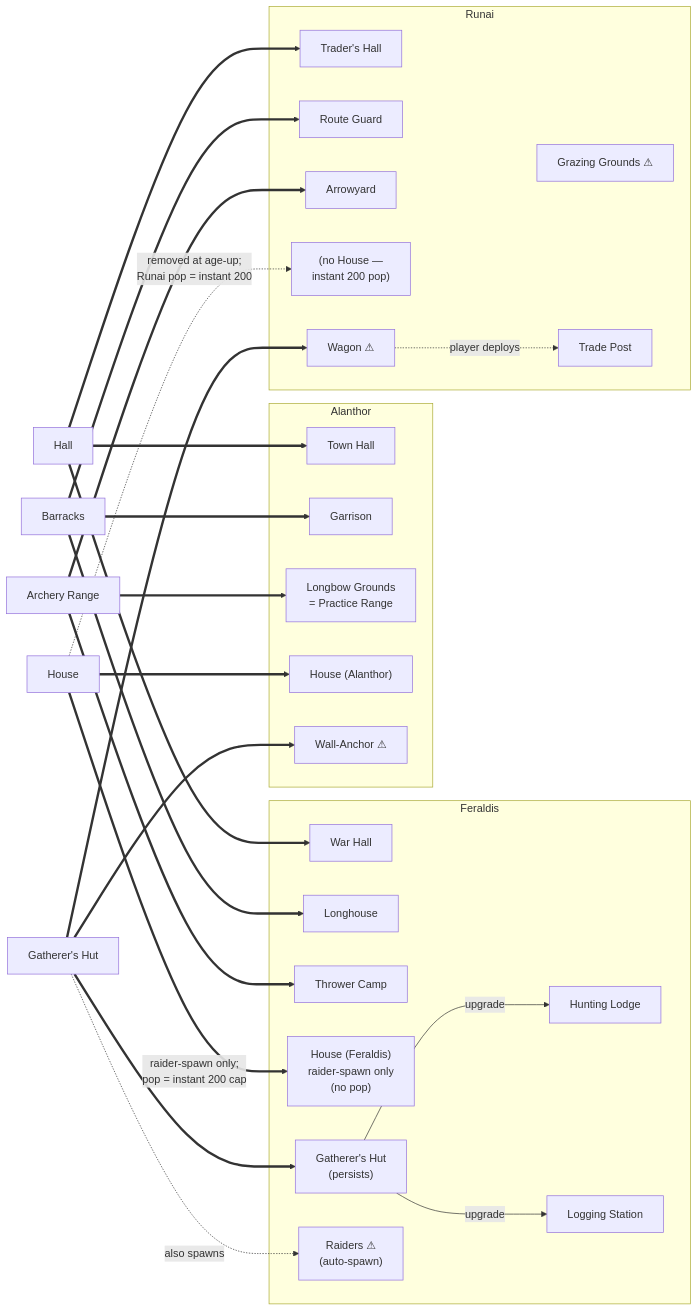
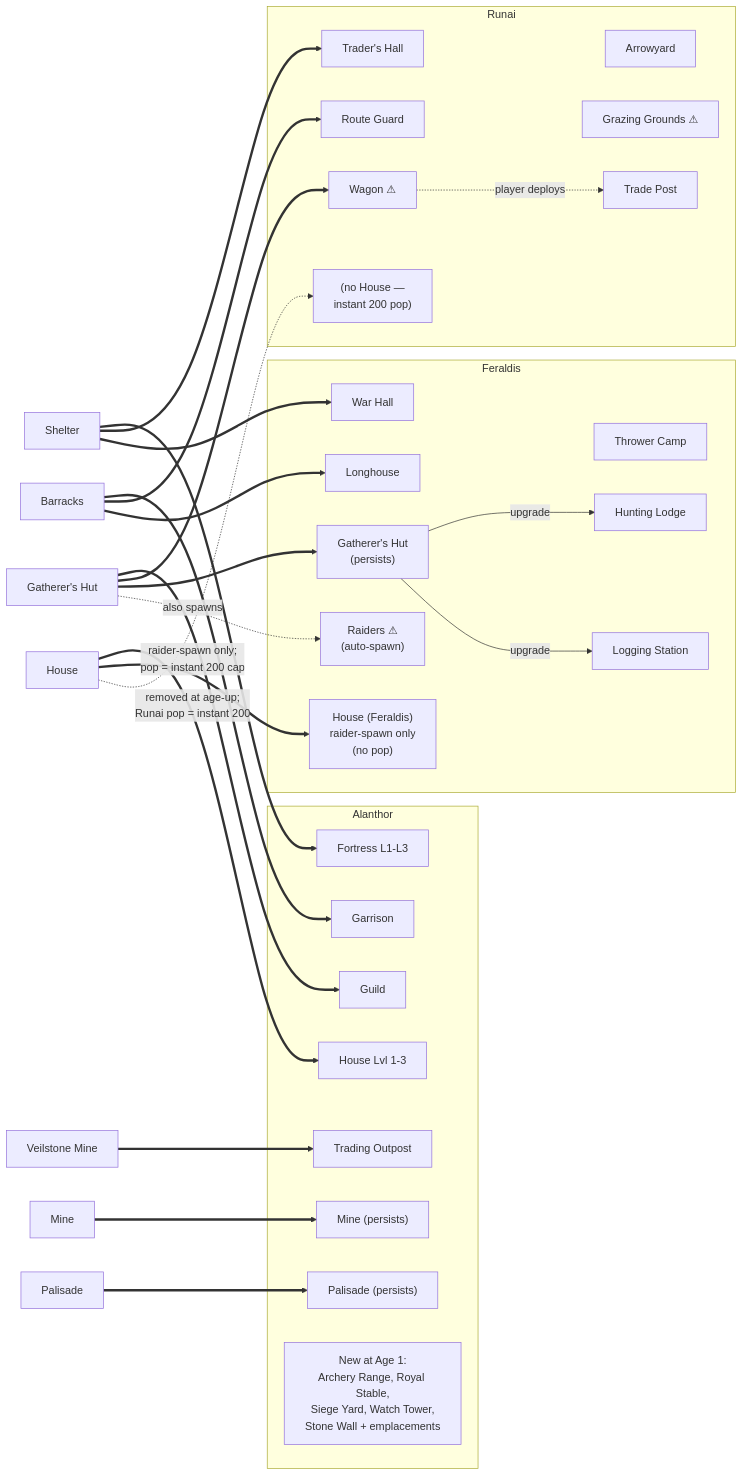
The first of 5 diagrams in docs/Design/Tech_Tree.md (LuisMartinsGit/super_duper_twb1.2), drawn with Mermaid before and after one commit. The commit also changed other lines of this file and 548 other files, not shown here.

````diff
--- a/docs/Design/Tech_Tree.md
+++ b/docs/Design/Tech_Tree.md
@@ -32,51 +46,58 @@
 ```mermaid
 flowchart LR
-    Hall0["Hall"]
+    Cap0["Shelter"]
     Bar0["Barracks"]
-    AR0["Archery Range"]
     H0["House"]
     GH0["Gatherer's Hut"]
+    VM0["Veilstone Mine"]
+    Mi0["Mine"]
+    Pal0["Palisade"]
 
     subgraph Alanthor
-        TH_A["Town Hall"]
+        TH_A["Fortress L1-L3"]
         Gar["Garrison"]
-        LG_A["Longbow Grounds<br/>= Practice Range"]
-        H_A["House (Alanthor)"]
-        WallA["Wall-Anchor ⚠"]
+        H_A["House Lvl 1-3"]
+        Guild_A["Guild"]
+        TO_A["Trading Outpost"]
+        Mi_A["Mine (persists)"]
+        Pal_A["Palisade (persists)"]
+        New_A["New at Age 1:<br/>Archery Range, Royal Stable,<br/>Siege Yard, Watch Tower,<br/>Stone Wall + emplacements"]
     end
 
     subgraph Runai
         TrH["Trader's Hall"]
         RG_R["Route Guard"]
         AY_R["Arrowyard"]
         GG_R["Grazing Grounds ⚠"]
         NoHouse_R["(no House —<br/>instant 200 pop)"]
         Wagon["Wagon ⚠"]
         TP["Trade Post"]
     end
 
     subgraph Feraldis
         WH_F["War Hall"]
         LH_F["Longhouse"]
         TC_F["Thrower Camp"]
         H_F["House (Feraldis)<br/>raider-spawn only<br/>(no pop)"]
         FGH_F["Gatherer's Hut<br/>(persists)"]
         HL_F["Hunting Lodge"]
         LS_F["Logging Station"]
         FR_F["Raiders ⚠<br/>(auto-spawn)"]
     end
 
-    Hall0 ==> TH_A & TrH & WH_F
+    Cap0 ==> TH_A & TrH & WH_F
     Bar0 ==> Gar & RG_R & LH_F
-    AR0 ==> LG_A & AY_R & TC_F
     H0 ==> H_A
     H0 ==>|"raider-spawn only;<br/>pop = instant 200 cap"| H_F
     H0 -.->|"removed at age-up;<br/>Runai pop = instant 200"| NoHouse_R
-    GH0 ==> WallA
+    GH0 ==> Guild_A
+    VM0 ==> TO_A
+    Mi0 ==> Mi_A
+    Pal0 ==> Pal_A
     GH0 ==> Wagon
     GH0 ==> FGH_F
     GH0 -.->|"also spawns"| FR_F
     Wagon -.->|"player deploys"| TP
     FGH_F -->|"upgrade"| HL_F
     FGH_F -->|"upgrade"| LS_F
 ```
````
